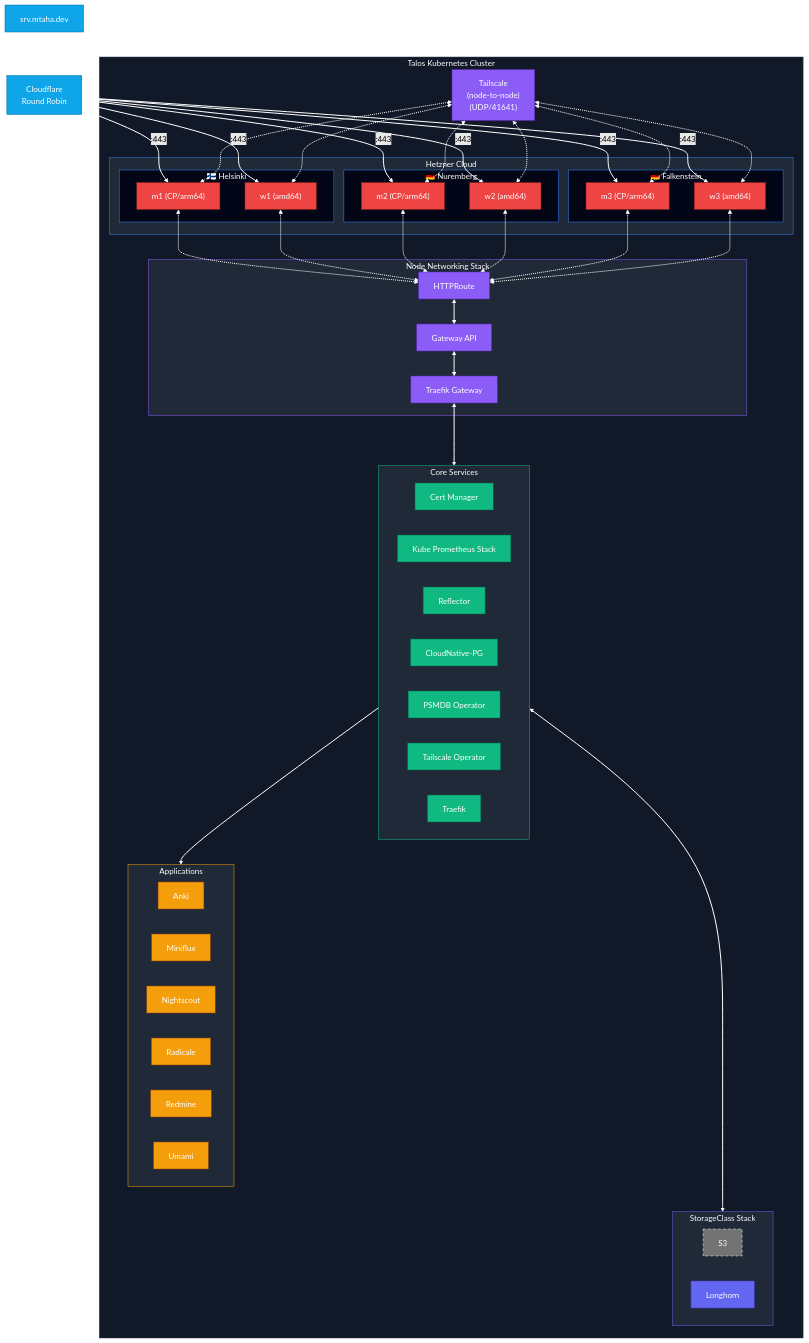
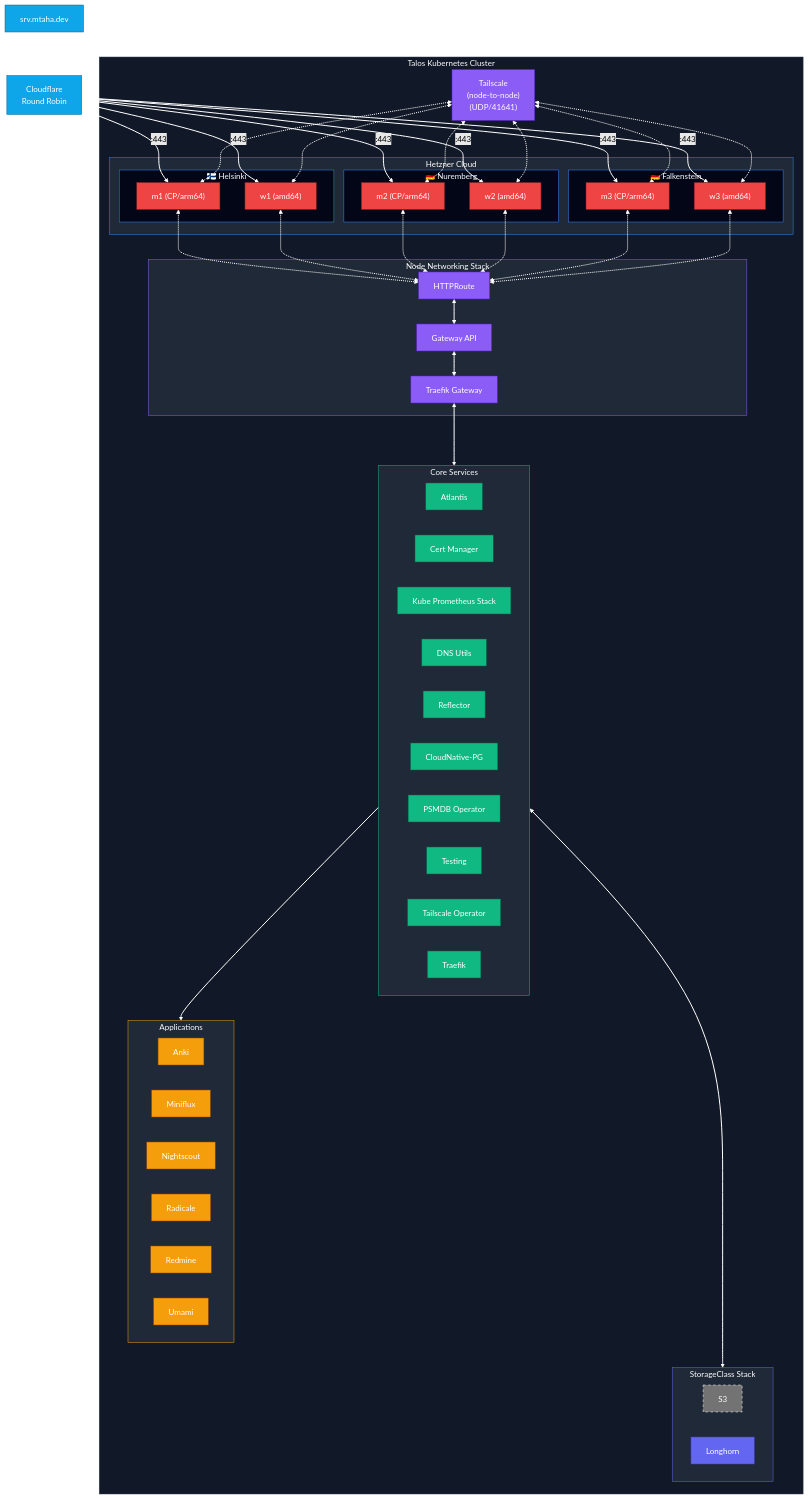
One commit to mt190502/k8s.tf changed the first of 2 diagrams in README.md. Above: the diagram before and after it, drawn with Mermaid (forest theme). The commit also changed other lines of this file, not shown here.

```diff
--- a/README.md
+++ b/README.md
@@ -39,11 +39,14 @@
       gwprovider["Traefik Gateway"]
     end
     subgraph CORE["Core Services"]
+      atlantis["Atlantis"]
       cert["Cert Manager"]
       monitoring["Kube Prometheus Stack"]
+      dnsutils["DNS Utils"]
       reflector["Reflector"]
       pg["CloudNative-PG"]
       psmdb["PSMDB Operator"]
+      testing["Testing"]
       tso["Tailscale Operator"]
       traefik["Traefik"]
     end
@@ -108,7 +111,7 @@
 
   class domain,cloudflare infra;
   class route,gateway,gwprovider,tailscale network;
-  class cert,monitoring,reflector,pg,psmdb,tso,traefik core;
+  class atlantis,cert,monitoring,dnsutils,reflector,pg,psmdb,testing,tso,traefik core;
   class anki,miniflux,nightscout,radicale,redmine,umami app;
   class storage_s3,storage_longhorn storage;
   class m1a,w1a,m2a,w2a,m3a,w3a node;
```
